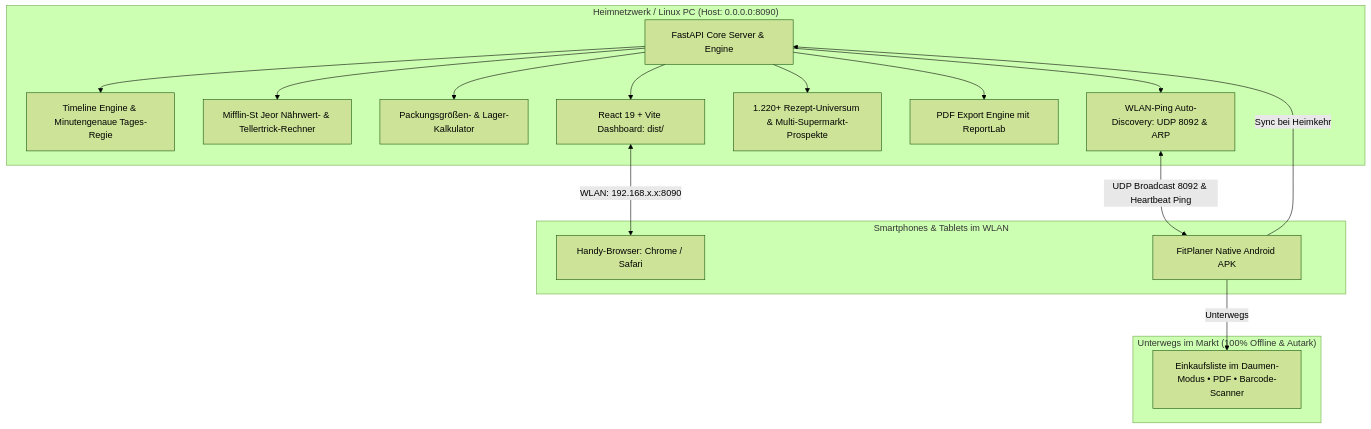
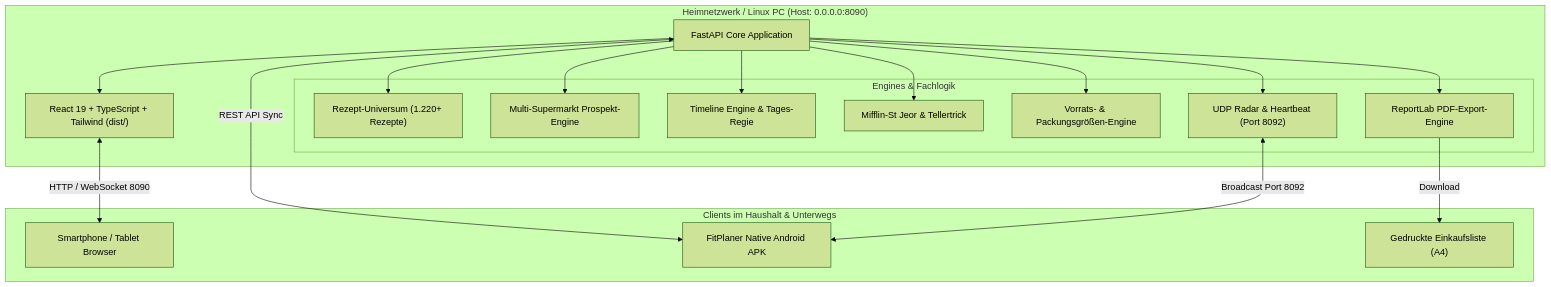
The diagram in README.md (meinzeug/fitplaner), drawn with Mermaid (forest theme) before and after one commit. The commit also changed other lines of this file, not shown here.

````diff
--- a/README.md
+++ b/README.md
@@ -101,35 +140,38 @@
 ```mermaid
-graph TD
+graph TB
     subgraph "Heimnetzwerk / Linux PC (Host: 0.0.0.0:8090)"
-        Server[FastAPI Core Server & Engine]
-        Engine1[Timeline Engine & Minutengenaue Tages-Regie]
-        Engine2[Mifflin-St Jeor Nährwert- & Tellertrick-Rechner]
-        Engine3[Packungsgrößen- & Lager-Kalkulator]
-        Engine4[WLAN-Ping Auto-Discovery: UDP 8092 & ARP]
-        Engine5[1.220+ Rezept-Universum & Multi-Supermarkt-Prospekte]
-        PDFGen[PDF Export Engine mit ReportLab]
-        WebUI[React 19 + Vite Dashboard: dist/]
+        CoreServer["FastAPI Core Application"]
+        
+        subgraph "Engines & Fachlogik"
+            RecipeUniv["Rezept-Universum (1.220+ Rezepte)"]
+            MultiLeaflet["Multi-Supermarkt Prospekt-Engine"]
+            TimelineEng["Timeline Engine & Tages-Regie"]
+            NutritionEng["Mifflin-St Jeor & Tellertrick"]
+            PantryEng["Vorrats- & Packungsgrößen-Engine"]
+            PDFGen["ReportLab PDF-Export-Engine"]
+            UDPDiscovery["UDP Radar & Heartbeat (Port 8092)"]
+        end
+
+        WebFrontend["React 19 + TypeScript + Tailwind (dist/)"]
     end
 
-    subgraph "Smartphones & Tablets im WLAN"
-        MobileBrowser[Handy-Browser: Chrome / Safari]
-        NativeAPK[FitPlaner Native Android APK]
+    subgraph "Clients im Haushalt & Unterwegs"
+        MobileBrowser["Smartphone / Tablet Browser"]
+        AndroidApp["FitPlaner Native Android APK"]
+        PrintedPDF["Gedruckte Einkaufsliste (A4)"]
     end
 
-    subgraph "Unterwegs im Markt (100% Offline & Autark)"
-        OfflineApp[Einkaufsliste im Daumen-Modus • PDF • Barcode-Scanner]
-    end
+    CoreServer --> RecipeUniv
+    CoreServer --> MultiLeaflet
+    CoreServer --> TimelineEng
+    CoreServer --> NutritionEng
+    CoreServer --> PantryEng
+    CoreServer --> PDFGen
+    CoreServer --> UDPDiscovery
+    CoreServer --> WebFrontend
 
-    Server --> Engine1
-    Server --> Engine2
-    Server --> Engine3
-    Server --> Engine4
-    Server --> Engine5
-    Server --> PDFGen
-    Server --> WebUI
-
-    Engine4 <-->|UDP Broadcast 8092 & Heartbeat Ping| NativeAPK
-    WebUI <-->|WLAN: 192.168.x.x:8090| MobileBrowser
-    NativeAPK -->|Sync bei Heimkehr| Server
-    NativeAPK -->|Unterwegs| OfflineApp
+    WebFrontend <-->|HTTP / WebSocket 8090| MobileBrowser
+    UDPDiscovery <-->|Broadcast Port 8092| AndroidApp
+    AndroidApp <-->|REST API Sync| CoreServer
+    PDFGen -->|Download| PrintedPDF
 ```
````
